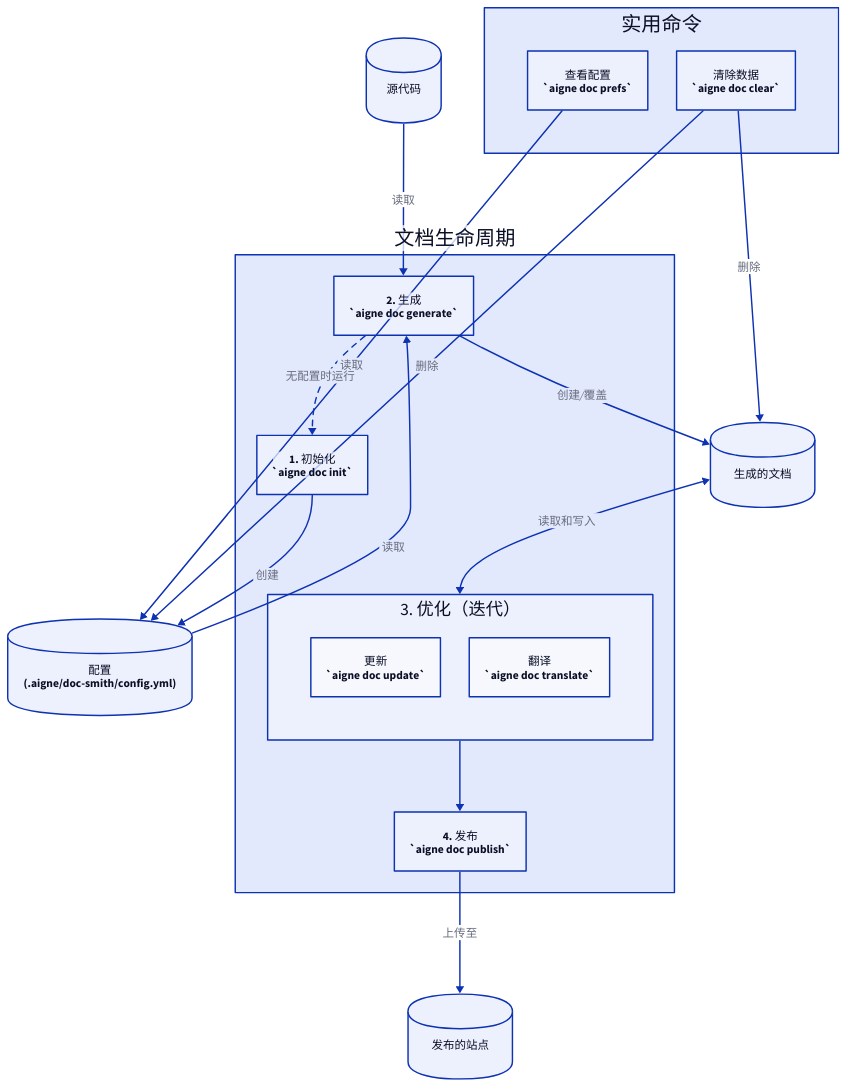
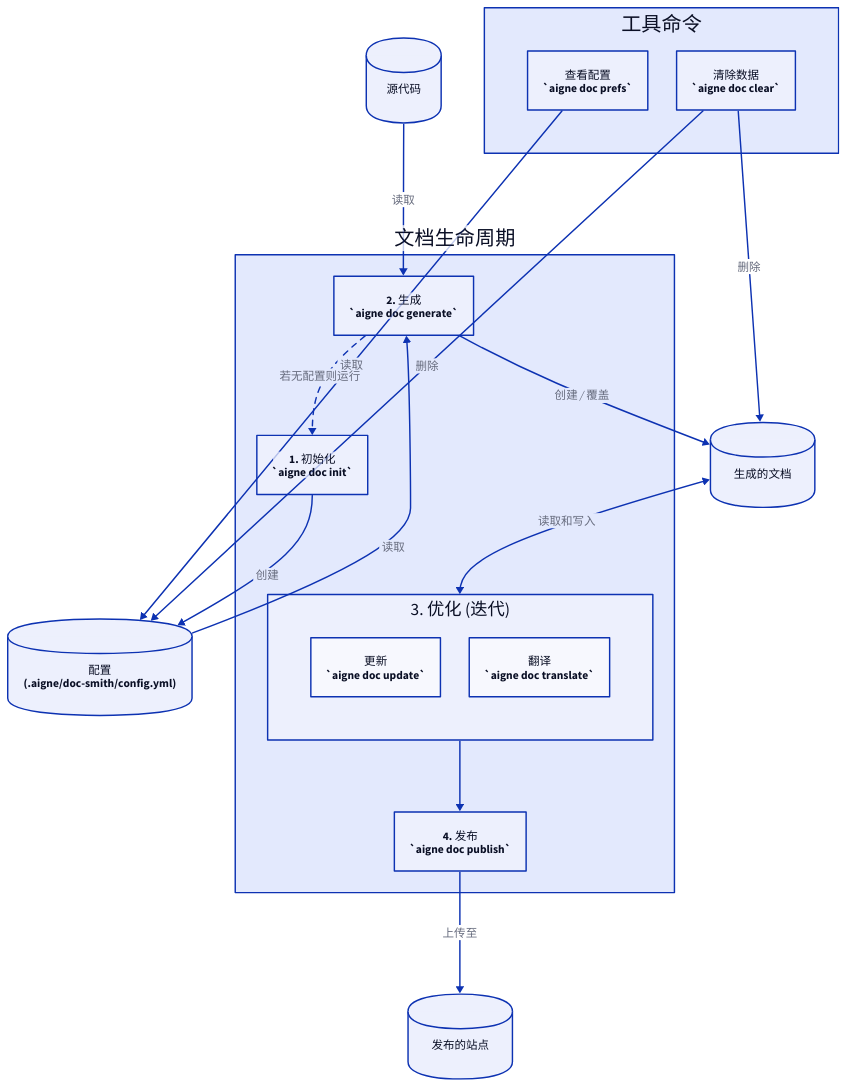
Before and after one commit to AIGNE-io/aigne-doc-smith: the diagram in docs/cli-reference.zh.md, drawn with D2. The commit also changed other lines of this file and 3 other files, not shown here.

````diff
--- a/docs/cli-reference.zh.md
+++ b/docs/cli-reference.zh.md
@@ -15,7 +15,7 @@
 ```d2
 direction: down
 
-# 工件
+# 产物
 Source-Code: {
   label: "源代码"
   shape: cylinder
@@ -48,7 +48,7 @@
   }
 
   Refinement: {
-    label: "3. 优化（迭代）"
+    label: "3. 优化 (迭代)"
     grid-columns: 2
 
     update: {
@@ -67,9 +67,9 @@
   }
 }
 
-# --- 实用命令 ---
+# --- 工具命令 ---
 Utilities: {
-  label: "实用命令"
+  label: "工具命令"
   grid-columns: 2
   
   prefs: {
@@ -89,9 +89,9 @@
 Lifecycle.init -> Configuration: "创建"
 Source-Code -> Lifecycle.generate: "读取"
 Configuration -> Lifecycle.generate: "读取"
-Lifecycle.generate -> Generated-Docs: "创建/覆盖"
+Lifecycle.generate -> Generated-Docs: "创建 / 覆盖"
 Lifecycle.generate -> Lifecycle.init: {
-  label: "无配置时运行"
+  label: "若无配置则运行"
   style.stroke-dash: 4
 }
 
@@ -102,7 +102,7 @@
 Lifecycle.Refinement -> Lifecycle.publish
 Lifecycle.publish -> Published-Docs: "上传至"
 
-# 实用工具连接
+# 工具连接
 Utilities.prefs -> Configuration: "读取"
 Utilities.clear -> Configuration: "删除"
 Utilities.clear -> Generated-Docs: "删除"
````
